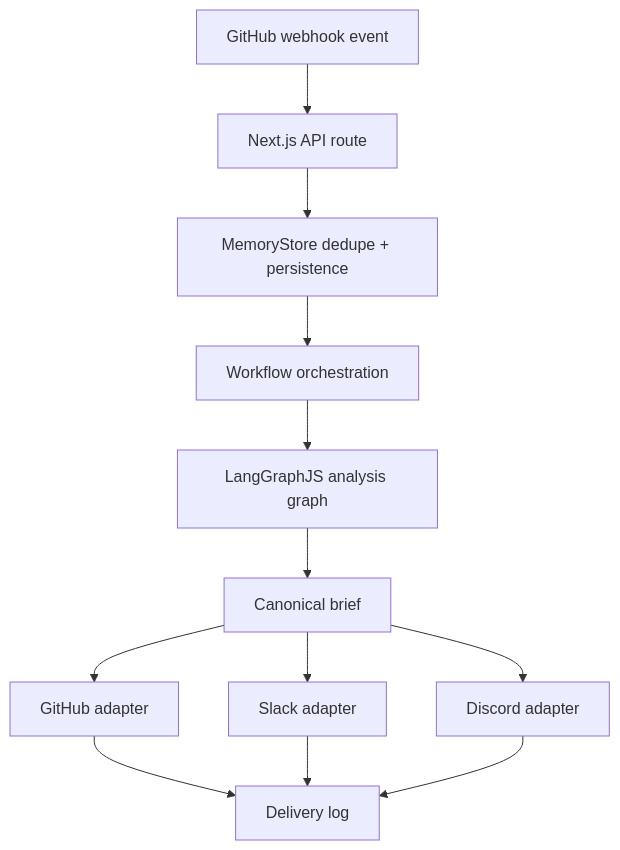
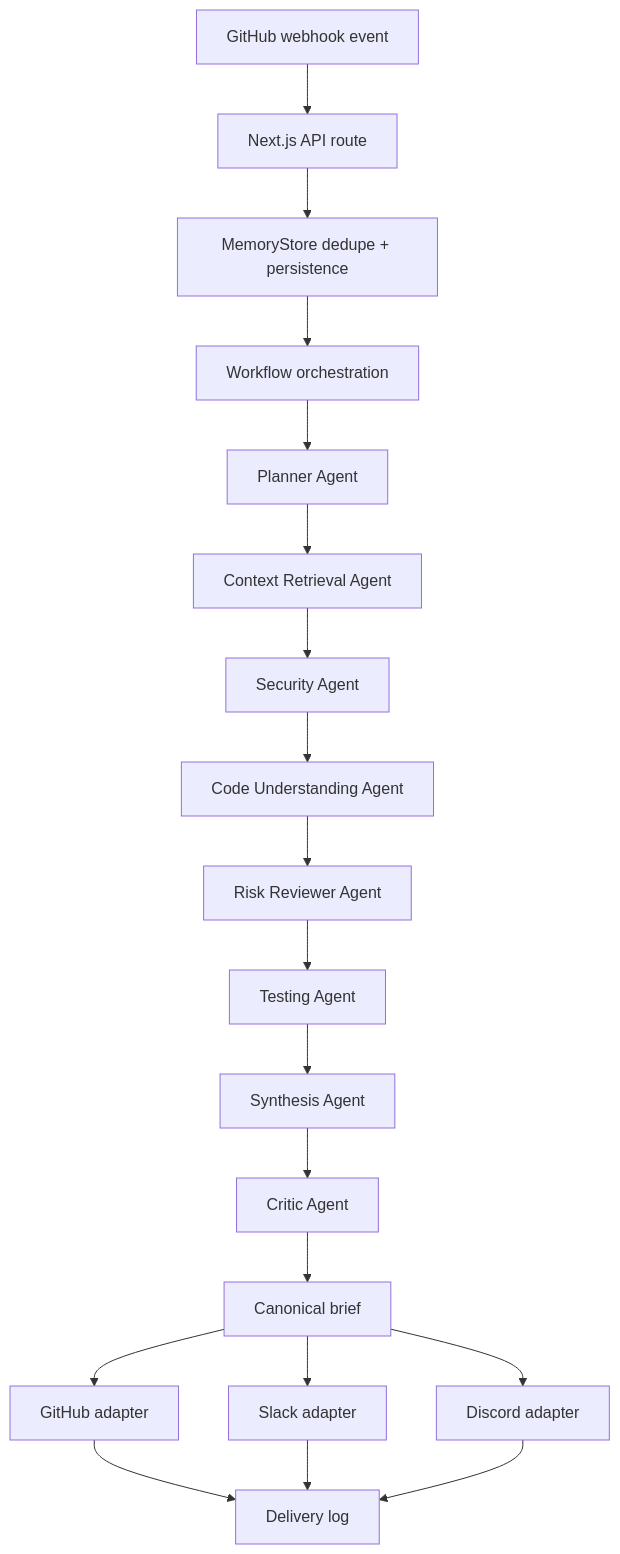
The diagram in docs/architecture.md (baeGil/lab_6_hackathon), drawn with Mermaid before and after one commit. The commit also changed 14 other files, not shown here.

````diff
--- a/docs/architecture.md
+++ b/docs/architecture.md
@@ -12,14 +12,21 @@
 ```mermaid
 flowchart TD
     A[GitHub webhook event] --> B[Next.js API route]
     B --> C[MemoryStore dedupe + persistence]
     C --> D[Workflow orchestration]
-    D --> E[LangGraphJS analysis graph]
-    E --> F[Canonical brief]
-    F --> G[GitHub adapter]
-    F --> H[Slack adapter]
-    F --> I[Discord adapter]
-    G --> J[Delivery log]
-    H --> J
-    I --> J
+    D --> E[Planner Agent]
+    E --> F[Context Retrieval Agent]
+    F --> G[Security Agent]
+    G --> H[Code Understanding Agent]
+    H --> I[Risk Reviewer Agent]
+    I --> J[Testing Agent]
+    J --> K[Synthesis Agent]
+    K --> L[Critic Agent]
+    L --> M[Canonical brief]
+    M --> N[GitHub adapter]
+    M --> O[Slack adapter]
+    M --> P[Discord adapter]
+    N --> Q[Delivery log]
+    O --> Q
+    P --> Q
 ```
````
